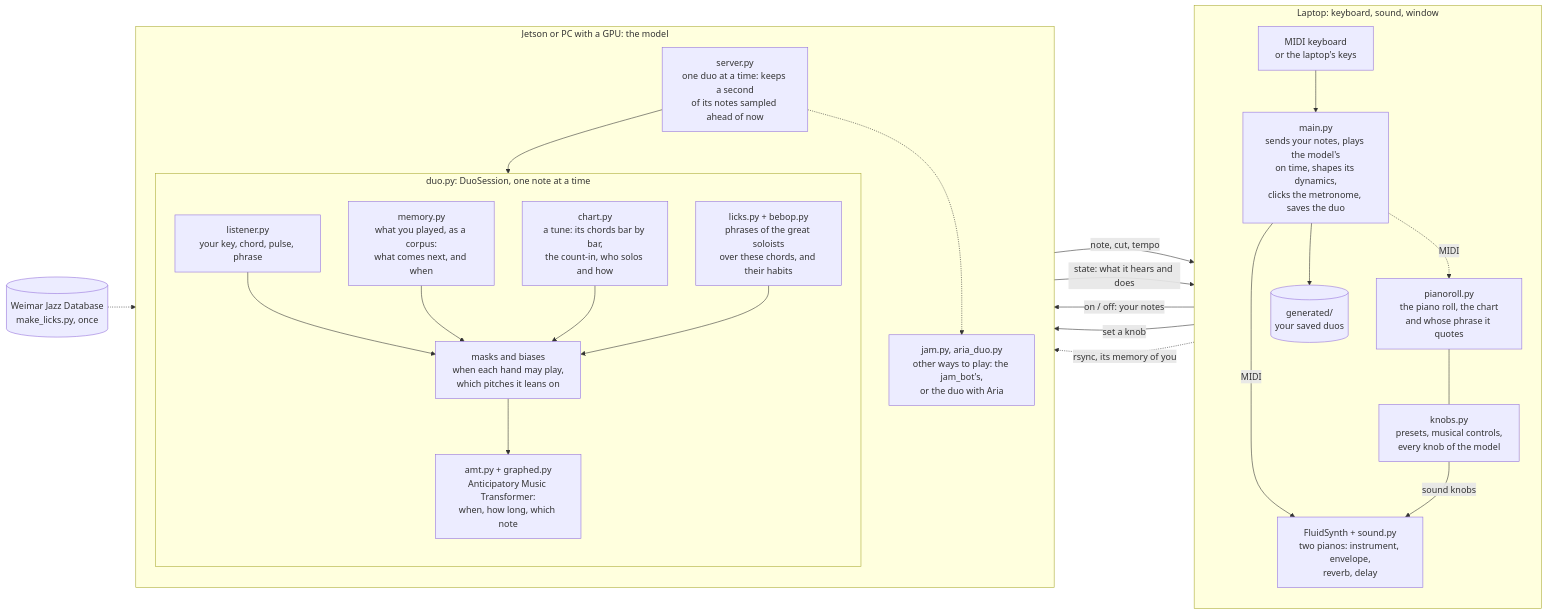
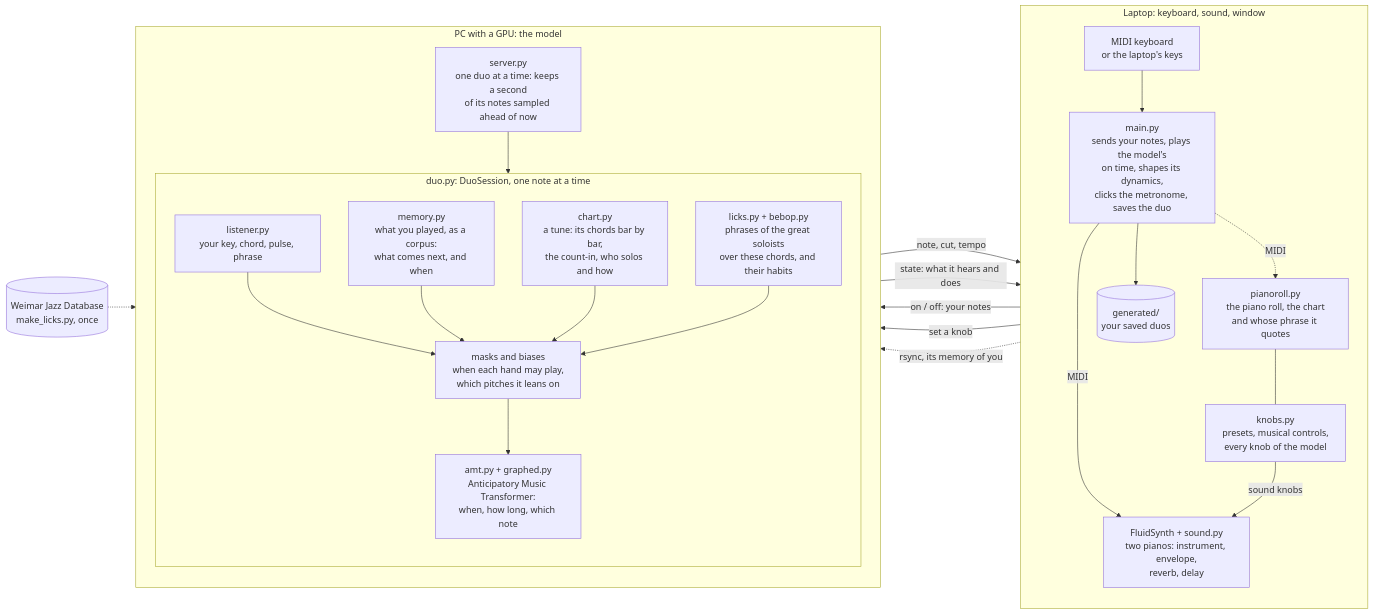
The diagram in README.md (RiccardoCataldi/duetto), drawn with Mermaid before and after one commit. The commit also changed other lines of this file and 19 other files, not shown here.

Commit message:
Play the AMT duo only: drop Aria, the jam_bot and the Jetson

````diff
--- a/README.md
+++ b/README.md
@@ -23,48 +23,46 @@
 ```mermaid
 flowchart LR
     subgraph LAPTOP["Laptop: keyboard, sound, window"]
         direction TB
         KEYS["MIDI keyboard<br/>or the laptop's keys"]
         MAIN["main.py<br/>sends your notes, plays the model's<br/>on time, shapes its dynamics,<br/>clicks the metronome, saves the duo"]
         SYNTH["FluidSynth + sound.py<br/>two pianos: instrument, envelope,<br/>reverb, delay"]
         ROLL["pianoroll.py<br/>the piano roll, the chart<br/>and whose phrase it quotes"]
         PANEL["knobs.py<br/>presets, musical controls,<br/>every knob of the model"]
         SAVED[("generated/<br/>your saved duos")]
         KEYS --> MAIN
         MAIN -- "MIDI" --> SYNTH
         MAIN -. "MIDI" .-> ROLL
         ROLL --- PANEL
         PANEL -- "sound knobs" --> SYNTH
         MAIN --> SAVED
     end
 
-    subgraph GPU["Jetson or PC with a GPU: the model"]
+    subgraph GPU["PC with a GPU: the model"]
         direction TB
         SERVER["server.py<br/>one duo at a time: keeps a second<br/>of its notes sampled ahead of now"]
         subgraph SESSION["duo.py: DuoSession, one note at a time"]
             direction TB
             LISTENER["listener.py<br/>your key, chord, pulse, phrase"]
             MEMORY["memory.py<br/>what you played, as a corpus:<br/>what comes next, and when"]
             CHART["chart.py<br/>a tune: its chords bar by bar,<br/>the count-in, who solos and how"]
             LICKS["licks.py + bebop.py<br/>phrases of the great soloists<br/>over these chords, and their habits"]
             RULES["masks and biases<br/>when each hand may play,<br/>which pitches it leans on"]
             MODEL["amt.py + graphed.py<br/>Anticipatory Music Transformer:<br/>when, how long, which note"]
             LISTENER --> RULES
             MEMORY --> RULES
             CHART --> RULES
             LICKS --> RULES
             RULES --> MODEL
         end
-        OTHERS["jam.py, aria_duo.py<br/>other ways to play: the jam_bot's,<br/>or the duo with Aria"]
         SERVER --> SESSION
-        SERVER -.-> OTHERS
     end
 
     WJD[("Weimar Jazz Database<br/>make_licks.py, once")]
     MAIN -- "on / off: your notes" --> SERVER
     SERVER -- "note, cut, tempo" --> MAIN
     PANEL -- "set a knob" --> SERVER
     SERVER -- "state: what it hears and does" --> PANEL
     SAVED -. "rsync, its memory of you" .-> MEMORY
     WJD -.-> LICKS
 ```
````
